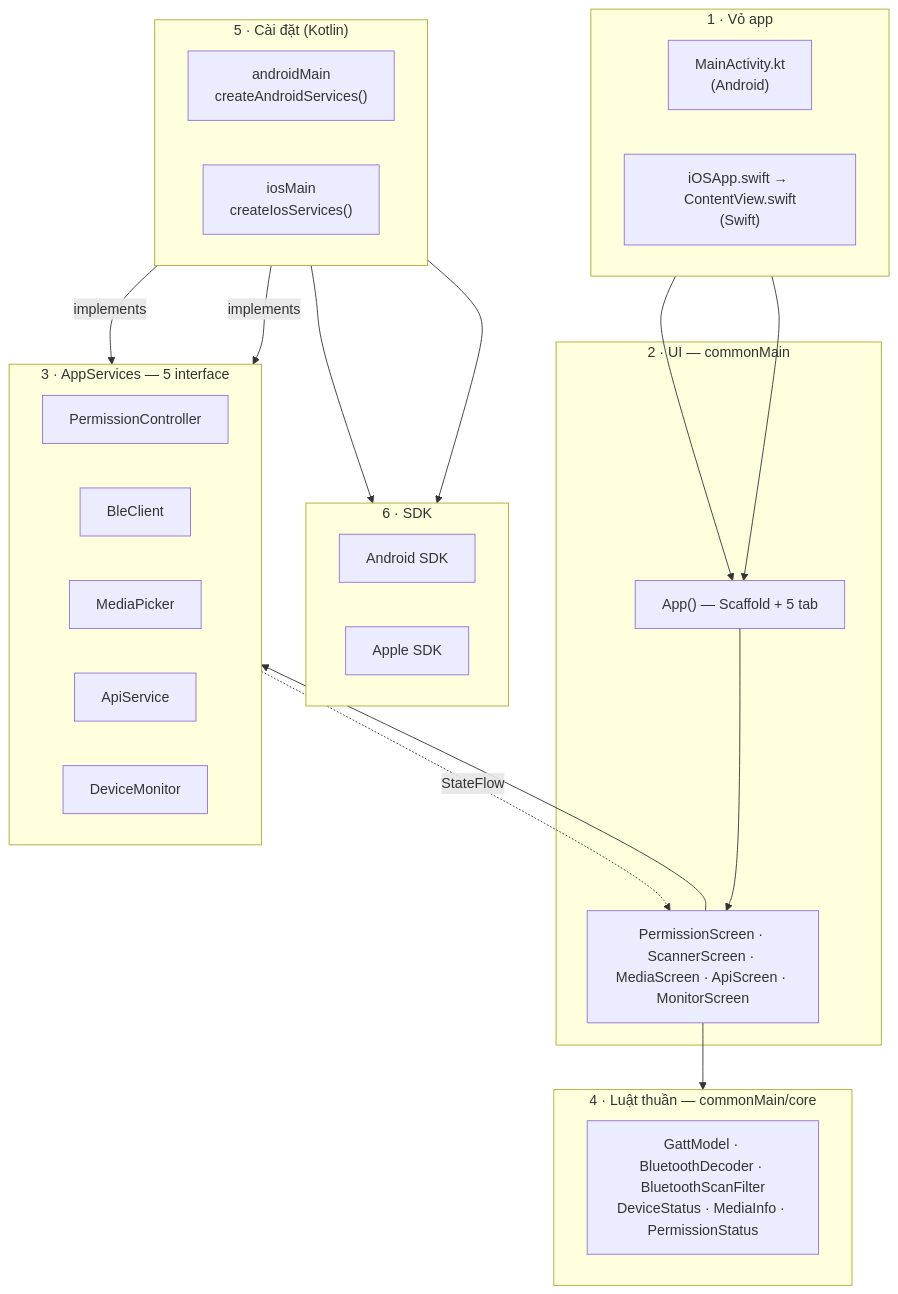
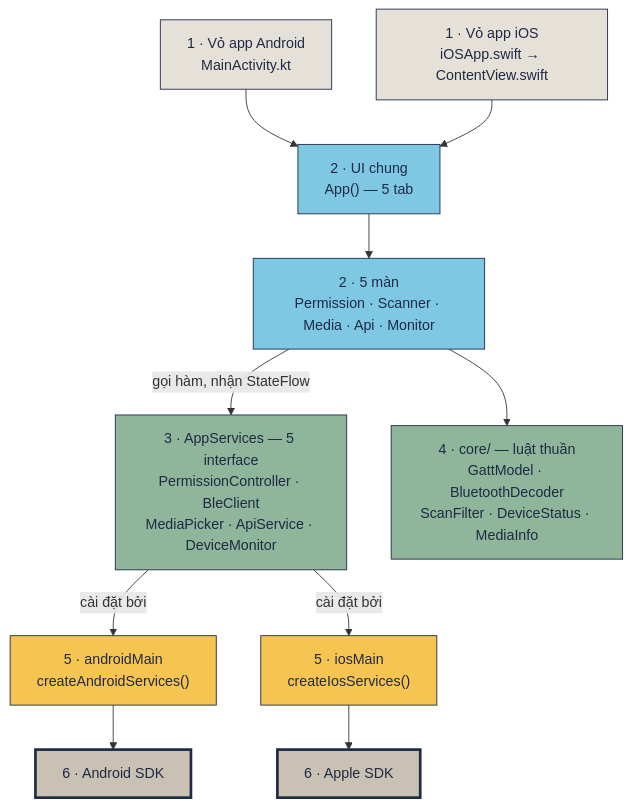
One commit to tucarmd/kotlin-multi-platform changed the first of 5 diagrams in docs/README-KMP-HOW-IT-WORKS.md. Above: the diagram before and after it, drawn with Mermaid. The commit also changed other lines of this file and 18 other files, not shown here.

````diff
--- a/docs/README-KMP-HOW-IT-WORKS.md
+++ b/docs/README-KMP-HOW-IT-WORKS.md
@@ -34,43 +44,32 @@
 ```mermaid
 flowchart TB
-    subgraph HOST["1 · Vỏ app"]
-        direction LR
-        MA["MainActivity.kt<br/>(Android)"]
-        SW["iOSApp.swift → ContentView.swift<br/>(Swift)"]
-    end
-    subgraph UI["2 · UI — commonMain"]
-        APP["App() — Scaffold + 5 tab"]
-        SCR["PermissionScreen · ScannerScreen · MediaScreen · ApiScreen · MonitorScreen"]
-        APP --> SCR
-    end
-    subgraph CONTRACT["3 · AppServices — 5 interface"]
-        direction LR
-        P["PermissionController"]
-        B["BleClient"]
-        M["MediaPicker"]
-        A["ApiService"]
-        D["DeviceMonitor"]
-    end
-    subgraph RULES["4 · Luật thuần — commonMain/core"]
-        R["GattModel · BluetoothDecoder · BluetoothScanFilter<br/>DeviceStatus · MediaInfo · PermissionStatus"]
-    end
-    subgraph PLAT["5 · Cài đặt (Kotlin)"]
-        direction LR
-        AM["androidMain<br/>createAndroidServices()"]
-        IM["iosMain<br/>createIosServices()"]
-    end
-    subgraph SDK["6 · SDK"]
-        direction LR
-        AS["Android SDK"]
-        IS["Apple SDK"]
-    end
+    MA["1 · Vỏ app Android<br/>MainActivity.kt"]
+    SW["1 · Vỏ app iOS<br/>iOSApp.swift → ContentView.swift"]
+    APP["2 · UI chung<br/>App() — 5 tab"]
+    SCR["2 · 5 màn<br/>Permission · Scanner · Media · Api · Monitor"]
+    CONTRACT["3 · AppServices — 5 interface<br/>PermissionController · BleClient<br/>MediaPicker · ApiService · DeviceMonitor"]
+    R["4 · core/ — luật thuần<br/>GattModel · BluetoothDecoder<br/>ScanFilter · DeviceStatus · MediaInfo"]
+    AM["5 · androidMain<br/>createAndroidServices()"]
+    IM["5 · iosMain<br/>createIosServices()"]
+    AS["6 · Android SDK"]
+    IS["6 · Apple SDK"]
     MA --> APP
     SW --> APP
-    SCR --> CONTRACT
-    SCR --> RULES
-    CONTRACT -. "StateFlow" .-> SCR
-    AM -- "implements" --> CONTRACT
-    IM -- "implements" --> CONTRACT
+    APP --> SCR
+    SCR -- "gọi hàm, nhận StateFlow" --> CONTRACT
+    SCR --> R
+    CONTRACT -- "cài đặt bởi" --> AM
+    CONTRACT -- "cài đặt bởi" --> IM
     AM --> AS
     IM --> IS
+    classDef shell fill:#e5e1d8,stroke:#1F2A44,color:#1F2A44
+    classDef ui fill:#7EC8E3,stroke:#1F2A44,color:#1F2A44
+    classDef kmp fill:#8FB59A,stroke:#1F2A44,color:#1F2A44
+    classDef plat fill:#F5C451,stroke:#1F2A44,color:#1F2A44
+    classDef sdk fill:#C9C1B3,stroke:#1F2A44,color:#1F2A44,stroke-width:3px
+    class MA,SW shell
+    class APP,SCR ui
+    class CONTRACT,R kmp
+    class AM,IM plat
+    class AS,IS sdk
 ```
````
